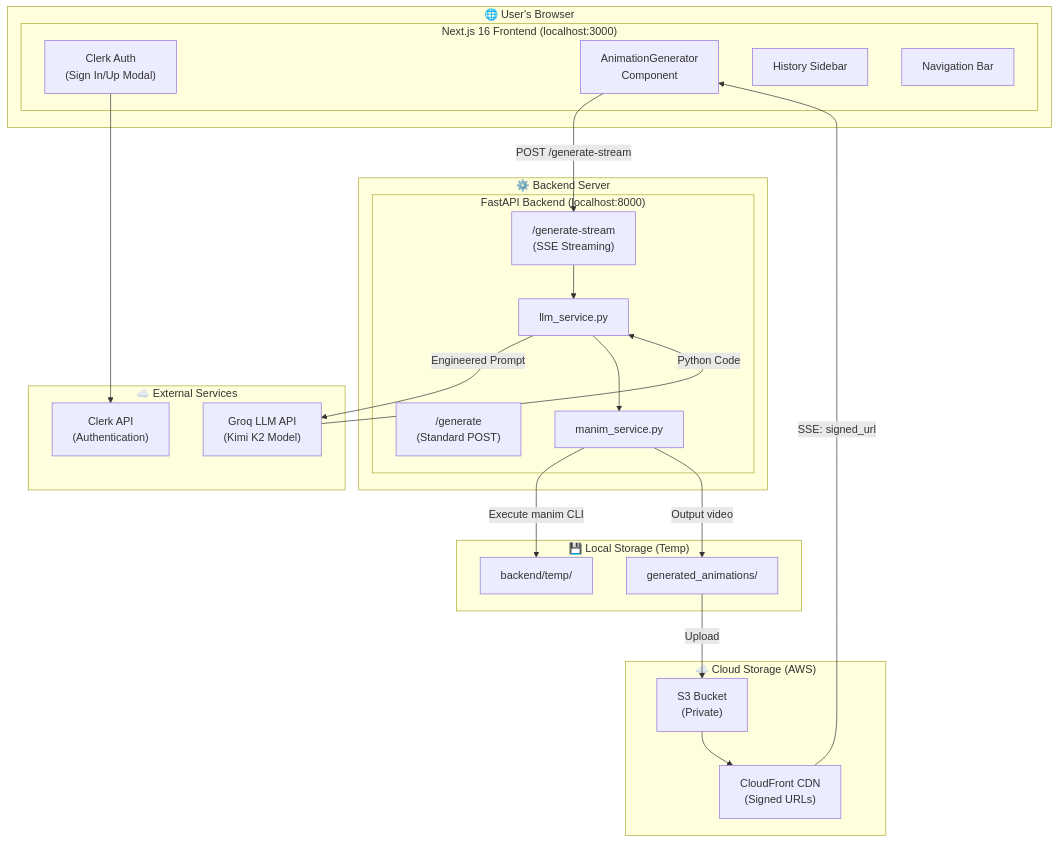
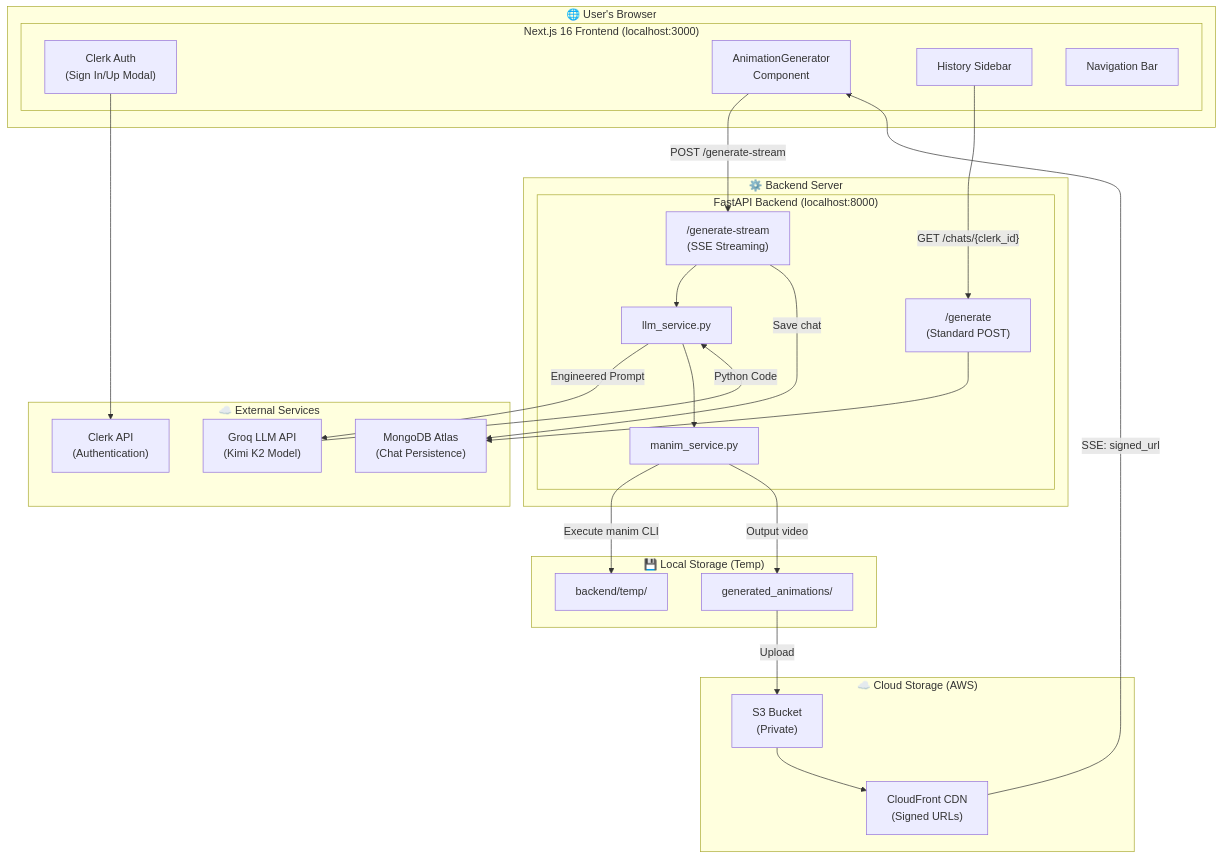
The first of 3 diagrams in README.md (Aafimalek/prompt_to_animate), drawn with Mermaid before and after one commit. The commit also changed other lines of this file and 7 other files, not shown here.

````diff
--- a/README.md
+++ b/README.md
@@ -66,47 +67,51 @@
 ```mermaid
 flowchart TB
     subgraph Browser["🌐 User's Browser"]
         subgraph Frontend["Next.js 16 Frontend (localhost:3000)"]
             Clerk["Clerk Auth<br/>(Sign In/Up Modal)"]
             UI["AnimationGenerator<br/>Component"]
             Sidebar["History Sidebar"]
             Navbar["Navigation Bar"]
         end
     end
     
     subgraph Server["⚙️ Backend Server"]
         subgraph FastAPI["FastAPI Backend (localhost:8000)"]
             API1["/generate<br/>(Standard POST)"]
             API2["/generate-stream<br/>(SSE Streaming)"]
             LLM["llm_service.py"]
             Manim["manim_service.py"]
         end
     end
     
     subgraph External["☁️ External Services"]
         Groq["Groq LLM API<br/>(Kimi K2 Model)"]
         ClerkAPI["Clerk API<br/>(Authentication)"]
+        MongoDB["MongoDB Atlas<br/>(Chat Persistence)"]
     end
     
     subgraph Storage["☁️ Cloud Storage (AWS)"]
         S3["S3 Bucket<br/>(Private)"]
         CloudFront["CloudFront CDN<br/>(Signed URLs)"]
     end
     
     subgraph LocalStorage["💾 Local Storage (Temp)"]
         Videos["generated_animations/"]
         Temp["backend/temp/"]
     end
     
     Clerk --> ClerkAPI
     UI -->|"POST /generate-stream"| API2
     API2 --> LLM
     LLM -->|"Engineered Prompt"| Groq
     Groq -->|"Python Code"| LLM
     LLM --> Manim
     Manim -->|"Execute manim CLI"| Temp
     Manim -->|"Output video"| Videos
     Videos -->|"Upload"| S3
     S3 --> CloudFront
     CloudFront -->|"SSE: signed_url"| UI
+    API2 -->|"Save chat"| MongoDB
+    Sidebar -->|"GET /chats/{clerk_id}"| API1
+    API1 --> MongoDB
 ```
````
